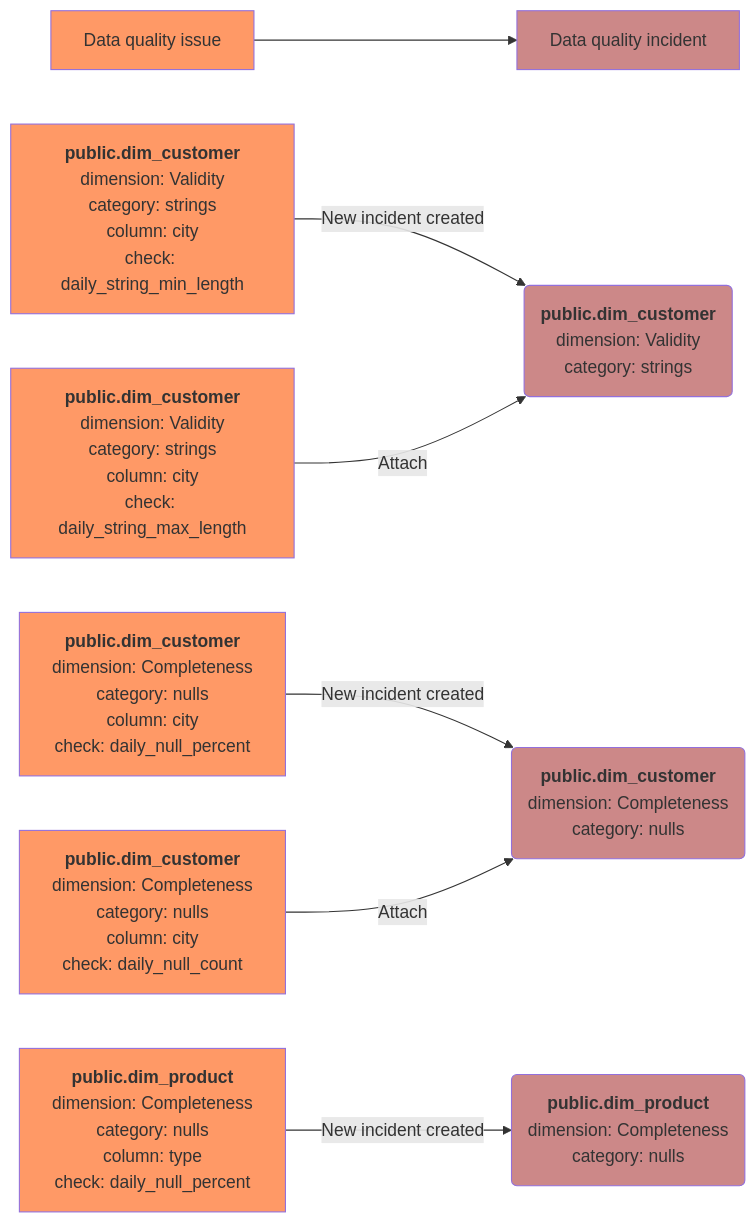
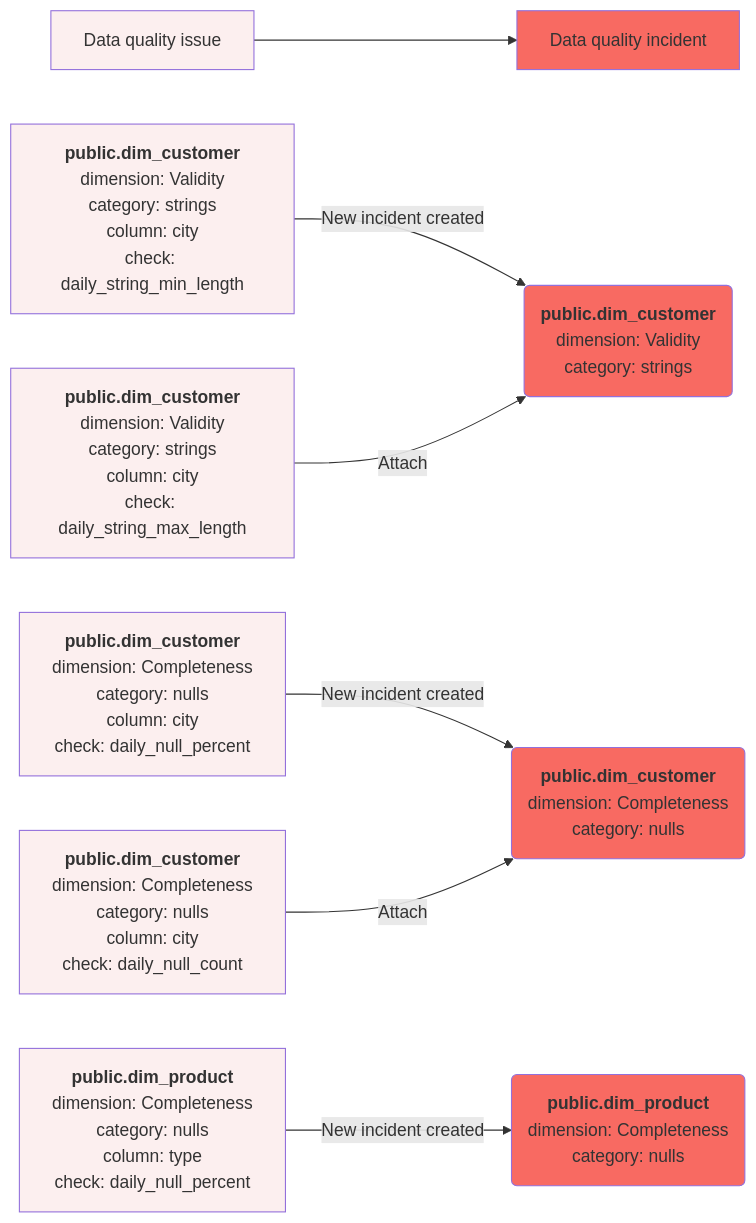
One commit to dqops/dqo changed the diagram in docs/dqo-concepts/grouping-data-quality-issues-to-incidents.md. Above: the diagram before and after it, drawn with Mermaid. The commit also changed other lines of this file and 2 other files, not shown here.

````diff
--- a/docs/dqo-concepts/grouping-data-quality-issues-to-incidents.md
+++ b/docs/dqo-concepts/grouping-data-quality-issues-to-incidents.md
@@ -90,11 +92,11 @@
 ``` mermaid
 graph LR
   ISSUE[Data quality issue]:::issue --> INCIDENT[Data quality incident]:::incident;
   IS1[<strong>public.dim_customer</strong><br/>dimension: Validity<br/>category: strings<br/>column: city<br/>check: daily_string_min_length]:::issue --> |New incident created| IN1(<strong>public.dim_customer</strong><br/>dimension: Validity<br/>category: strings):::incident;
   IS2[<strong>public.dim_customer</strong><br/>dimension: Validity<br/>category: strings<br/>column: city<br/>check: daily_string_max_length]:::issue --> |Attach| IN1;
   IS3[<strong>public.dim_customer</strong><br/>dimension: Completeness<br/>category: nulls<br/>column: city<br/>check: daily_null_percent]:::issue --> |New incident created| IN2(<strong>public.dim_customer</strong><br/>dimension: Completeness<br/>category: nulls):::incident;
   IS4[<strong>public.dim_customer</strong><br/>dimension: Completeness<br/>category: nulls<br/>column: city<br/>check: daily_null_count]:::issue --> |Attach| IN2;
   IS5[<strong>public.dim_product</strong><br/>dimension: Completeness<br/>category: nulls<br/>column: type<br/>check: daily_null_percent]:::issue --> |New incident created| IN3(<strong>public.dim_product</strong><br/>dimension: Completeness<br/>category: nulls):::incident;
-  classDef issue fill:#f96;
-  classDef incident fill:#c88;
+  classDef issue fill:#FCEFEF;
+  classDef incident fill:#F86A62;
 ```
````
